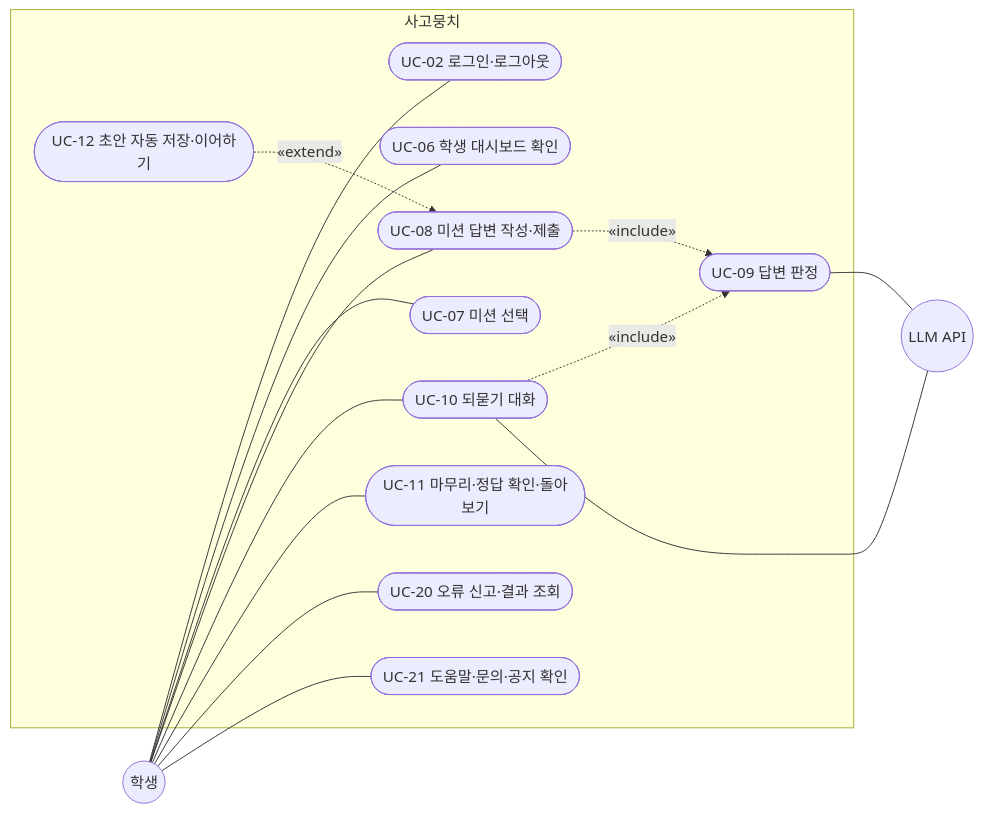
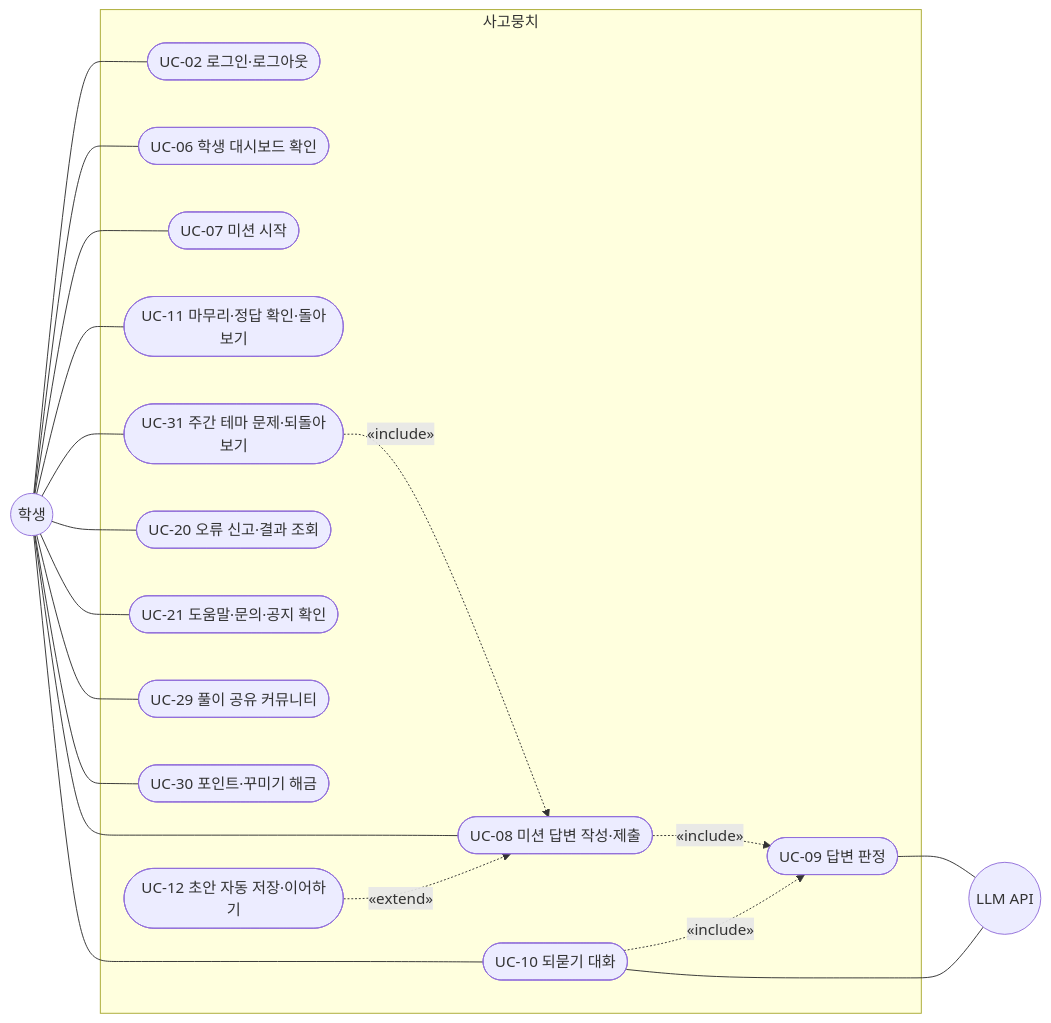
Before and after one commit to SKNETWORKS-FAMILY-AICAMP/SKN34-FINAL-3TEAM: the second of 5 diagrams in docs/design/usecase.md, drawn with Mermaid. The commit also changed other lines of this file and 20 other files, not shown here.

````diff
--- a/docs/design/usecase.md
+++ b/docs/design/usecase.md
@@ -63,32 +70,39 @@
 ```mermaid
 flowchart LR
   STU(("학생"))
   LLM(("LLM API"))
 
   subgraph SYS["사고뭉치"]
     UC02(["UC-02 로그인·로그아웃"])
     UC06(["UC-06 학생 대시보드 확인"])
-    UC07(["UC-07 미션 선택"])
+    UC07(["UC-07 미션 시작"])
     UC08(["UC-08 미션 답변 작성·제출"])
     UC09(["UC-09 답변 판정"])
     UC10(["UC-10 되묻기 대화"])
     UC11(["UC-11 마무리·정답 확인·돌아보기"])
     UC12(["UC-12 초안 자동 저장·이어하기"])
     UC20(["UC-20 오류 신고·결과 조회"])
     UC21(["UC-21 도움말·문의·공지 확인"])
+    UC29(["UC-29 풀이 공유 커뮤니티"])
+    UC30(["UC-30 포인트·꾸미기 해금"])
+    UC31(["UC-31 주간 테마 문제·되돌아보기"])
   end
 
+  STU --- UC29
+  STU --- UC30
+  STU --- UC31
+  UC31 -.->|"«include»"| UC08
   STU --- UC02
   STU --- UC06
   STU --- UC07
   STU --- UC08
   STU --- UC10
   STU --- UC11
   STU --- UC20
   STU --- UC21
   UC08 -.->|"«include»"| UC09
   UC10 -.->|"«include»"| UC09
   UC12 -.->|"«extend»"| UC08
   UC09 --- LLM
   UC10 --- LLM
 ```
````
